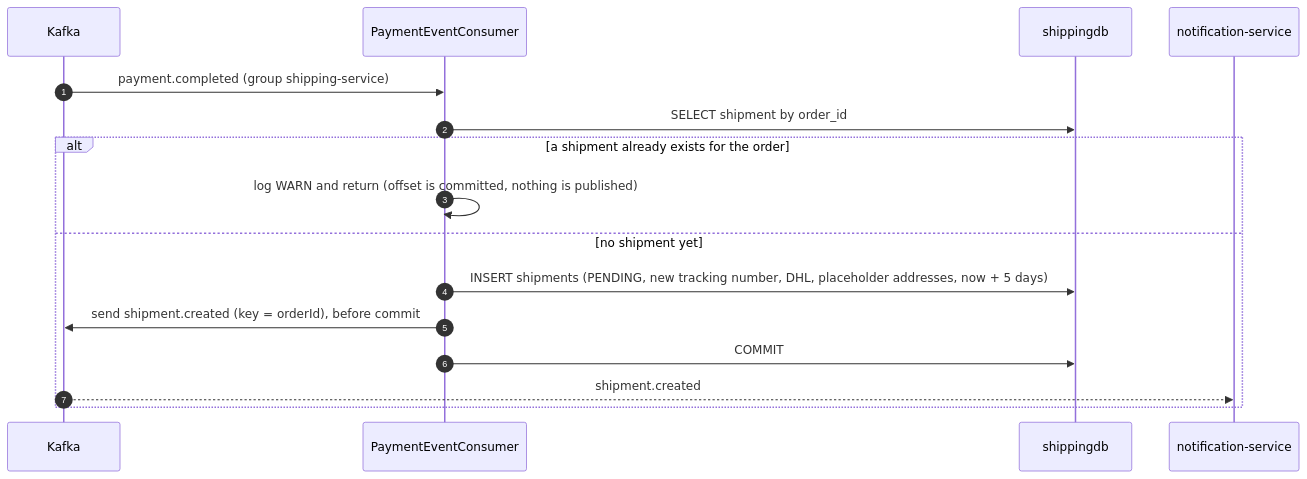
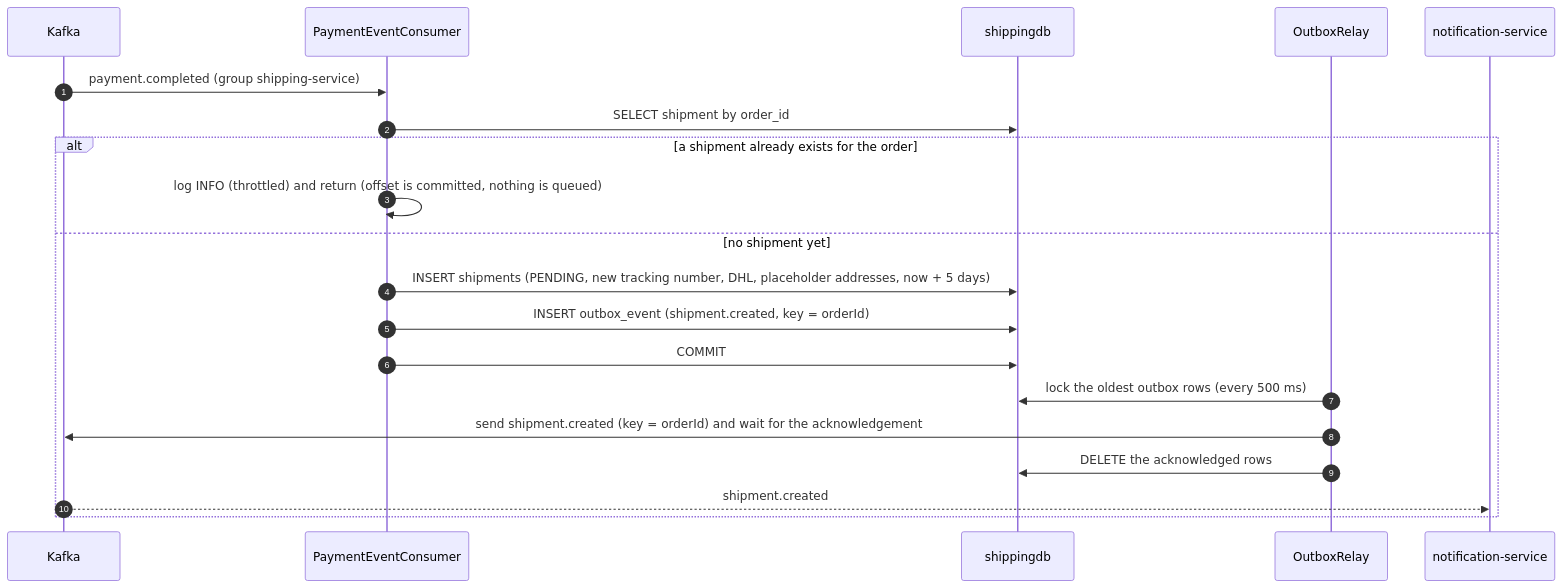
One commit to bmcnpnr/ecommerce-platform changed the first of 3 diagrams in docs/services/shipping-service.md. Above: the diagram before and after it, drawn with Mermaid. The commit also changed other lines of this file and 58 other files, not shown here.

````diff
--- a/docs/services/shipping-service.md
+++ b/docs/services/shipping-service.md
@@ -34,18 +34,22 @@
 ```mermaid
 sequenceDiagram
     autonumber
     participant K as Kafka
     participant C as PaymentEventConsumer
     participant DB as shippingdb
+    participant R as OutboxRelay
     participant N as notification-service
     K->>C: payment.completed (group shipping-service)
     C->>DB: SELECT shipment by order_id
     alt a shipment already exists for the order
-        C->>C: log WARN and return (offset is committed, nothing is published)
+        C->>C: log INFO (throttled) and return (offset is committed, nothing is queued)
     else no shipment yet
         C->>DB: INSERT shipments (PENDING, new tracking number, DHL, placeholder addresses, now + 5 days)
-        C->>K: send shipment.created (key = orderId), before commit
+        C->>DB: INSERT outbox_event (shipment.created, key = orderId)
         C->>DB: COMMIT
+        R->>DB: lock the oldest outbox rows (every 500 ms)
+        R->>K: send shipment.created (key = orderId) and wait for the acknowledgement
+        R->>DB: DELETE the acknowledged rows
         K-->>N: shipment.created
     end
 ```
````
